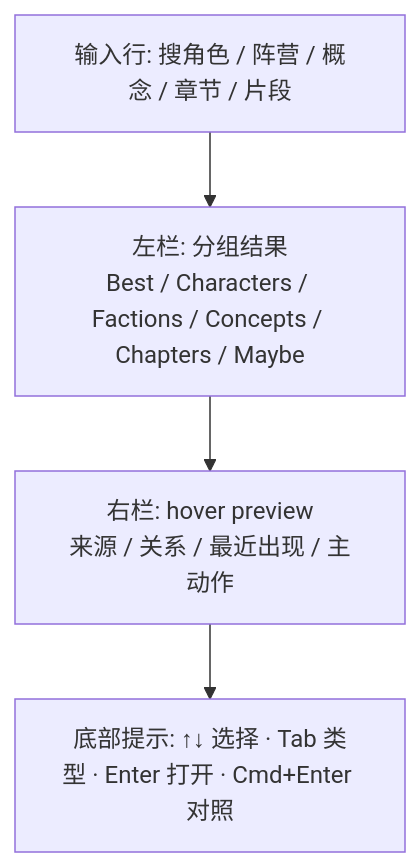
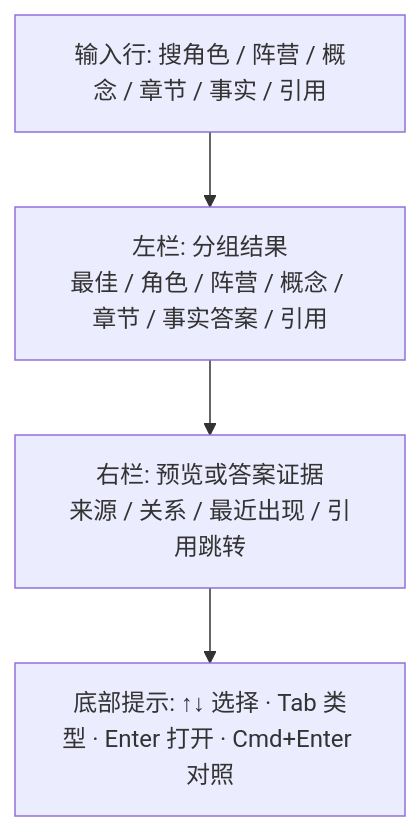
The first of 3 diagrams in design/06-command-palette.md (jinhuang712/open-novel), drawn with Mermaid before and after one commit. The commit also changed other lines of this file and 79 other files, not shown here.

````diff
--- a/design/06-command-palette.md
+++ b/design/06-command-palette.md
@@ -9,8 +9,8 @@
 ```mermaid
 flowchart TB
-  IN["输入行: 搜角色 / 阵营 / 概念 / 章节 / 片段"]
-  RES["左栏: 分组结果<br/>Best / Characters / Factions / Concepts / Chapters / Maybe"]
-  PRE["右栏: hover preview<br/>来源 / 关系 / 最近出现 / 主动作"]
+  IN["输入行: 搜角色 / 阵营 / 概念 / 章节 / 事实 / 引用"]
+  RES["左栏: 分组结果<br/>最佳 / 角色 / 阵营 / 概念 / 章节 / 事实答案 / 引用"]
+  PRE["右栏: 预览或答案证据<br/>来源 / 关系 / 最近出现 / 引用跳转"]
   FOOT["底部提示: ↑↓ 选择 · Tab 类型 · Enter 打开 · Cmd+Enter 对照"]
   IN --> RES --> PRE --> FOOT
 ```
````
